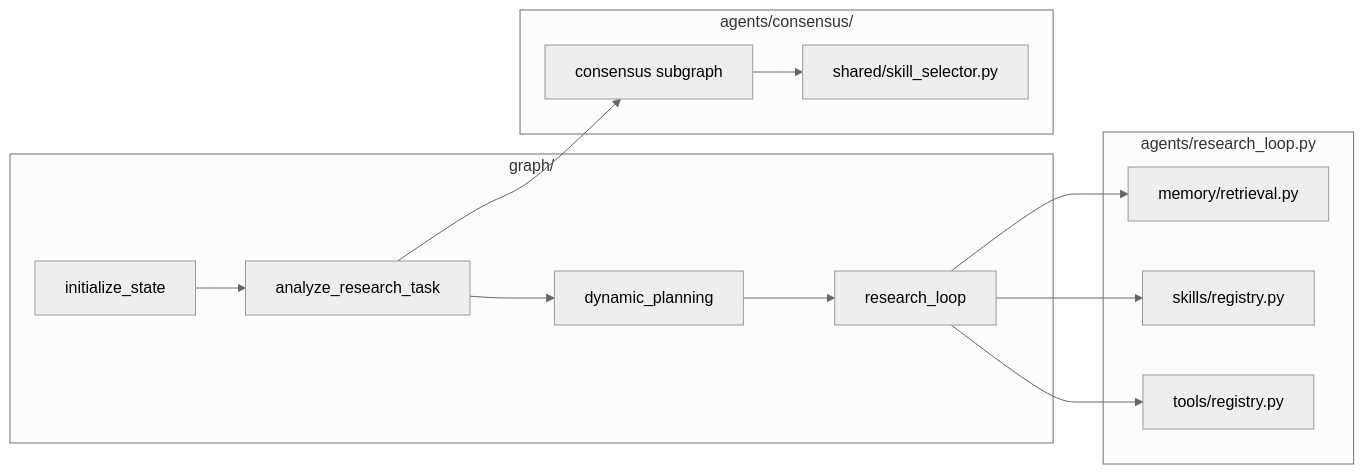
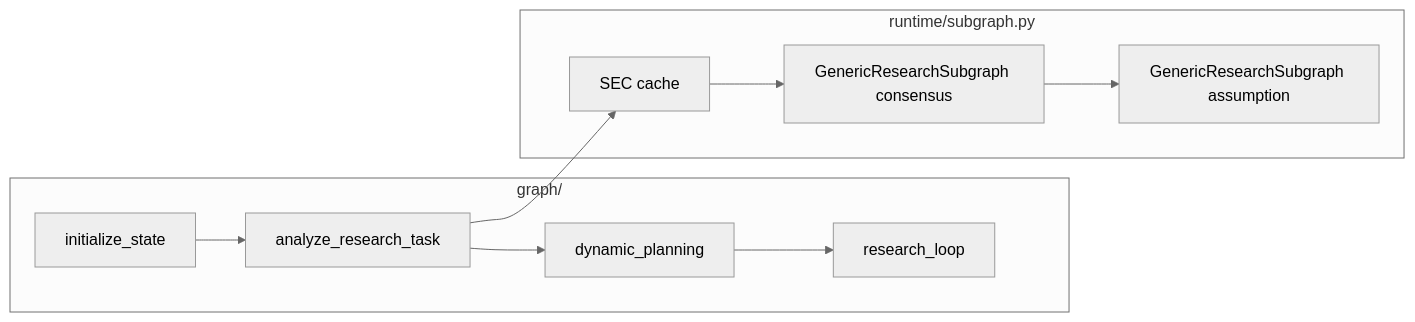
Before and after one commit to libazhahei/EquityAgents: the second of 2 diagrams in docs/equity_research/file-structure.md, drawn with Mermaid (neutral theme). The commit also changed other lines of this file and 35 other files, not shown here.

Commit message:
finalized market consensus and research assumption

````diff
--- a/docs/equity_research/file-structure.md
+++ b/docs/equity_research/file-structure.md
@@ -196,17 +220,13 @@
 ```mermaid
 flowchart LR
     subgraph outer [graph/]
         Init[initialize_state] --> Task[analyze_research_task]
         Task --> Plan[dynamic_planning]
         Plan --> Loop[research_loop]
     end
-    subgraph inner [agents/research_loop.py]
-        Loop --> Mem[memory/retrieval.py]
-        Loop --> Skills[skills/registry.py]
-        Loop --> Tools[tools/registry.py]
-    end
-    subgraph nested [agents/consensus/]
-        Task --> Consensus[consensus subgraph]
-        Consensus --> SkillSel[shared/skill_selector.py]
+    subgraph nested [runtime/subgraph.py]
+        Task --> SEC[SEC cache]
+        SEC --> Consensus[GenericResearchSubgraph consensus]
+        Consensus --> Assumption[GenericResearchSubgraph assumption]
     end
 ```
````
